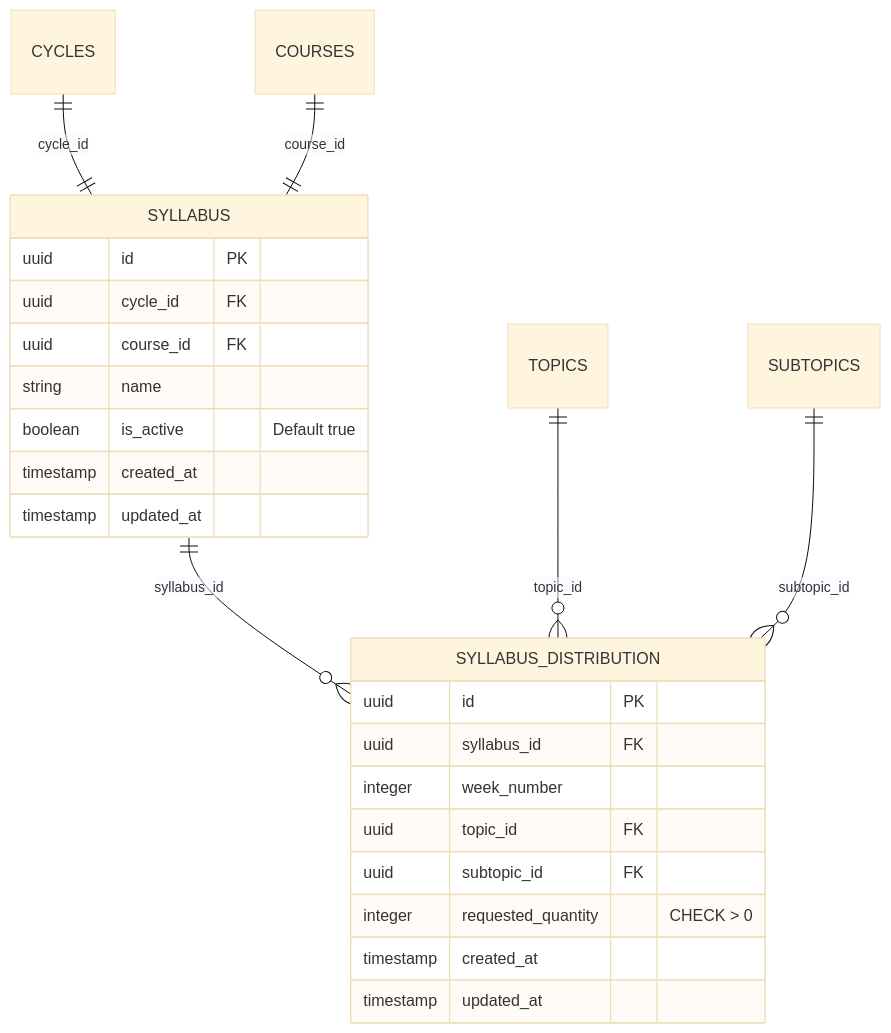
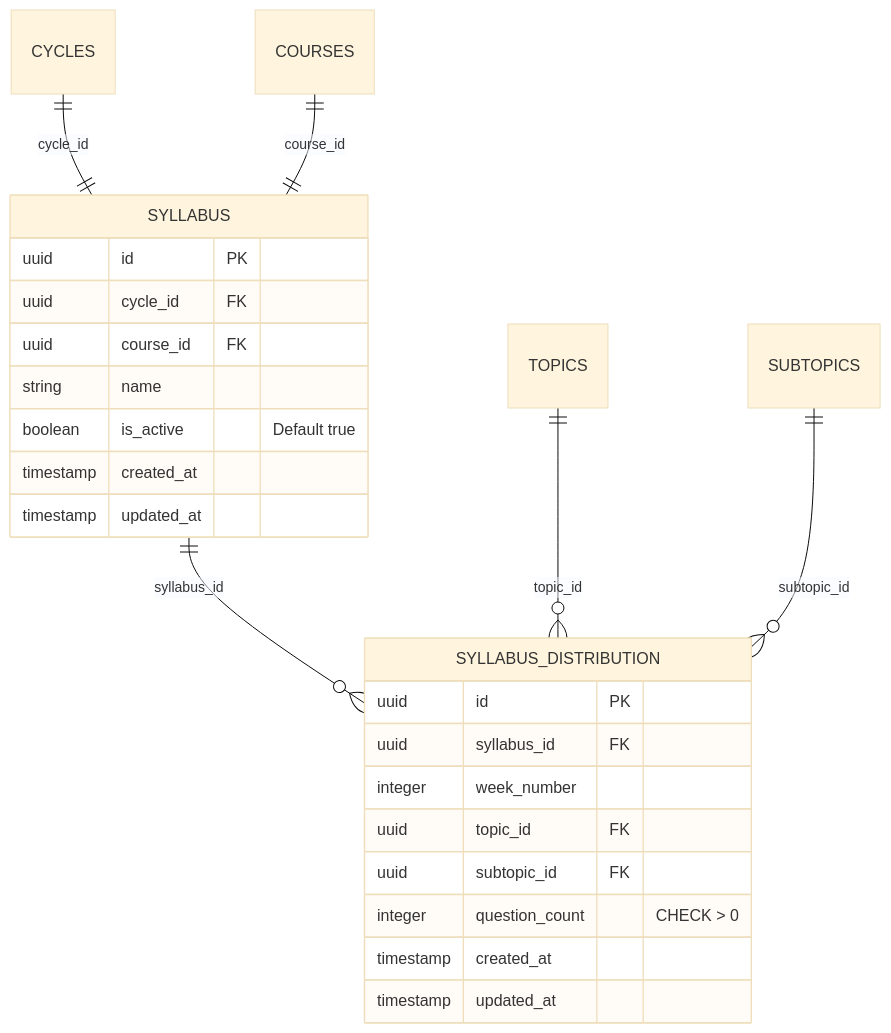
Before and after one commit to jlandeo-afk/odiseo-new: the diagram in specs/003-gestion-silabos/data-model.md, drawn with Mermaid (base theme). The commit also changed other lines of this file and 75 other files, not shown here.

````diff
--- a/specs/003-gestion-silabos/data-model.md
+++ b/specs/003-gestion-silabos/data-model.md
@@ -3,29 +3,29 @@
 ```mermaid
 erDiagram
     SYLLABUS ||--o{ SYLLABUS_DISTRIBUTION : "syllabus_id"
     CYCLES ||--|| SYLLABUS : "cycle_id"
     COURSES ||--|| SYLLABUS : "course_id"
     TOPICS ||--o{ SYLLABUS_DISTRIBUTION : "topic_id"
     SUBTOPICS ||--o{ SYLLABUS_DISTRIBUTION : "subtopic_id"
 
     SYLLABUS {
         uuid id PK
         uuid cycle_id FK
         uuid course_id FK
         string name
         boolean is_active "Default true"
         timestamp created_at
         timestamp updated_at
     }
 
     SYLLABUS_DISTRIBUTION {
         uuid id PK
         uuid syllabus_id FK
         integer week_number
         uuid topic_id FK
         uuid subtopic_id FK
-        integer requested_quantity "CHECK > 0"
+        integer question_count "CHECK > 0"
         timestamp created_at
         timestamp updated_at
     }
 ```
````
